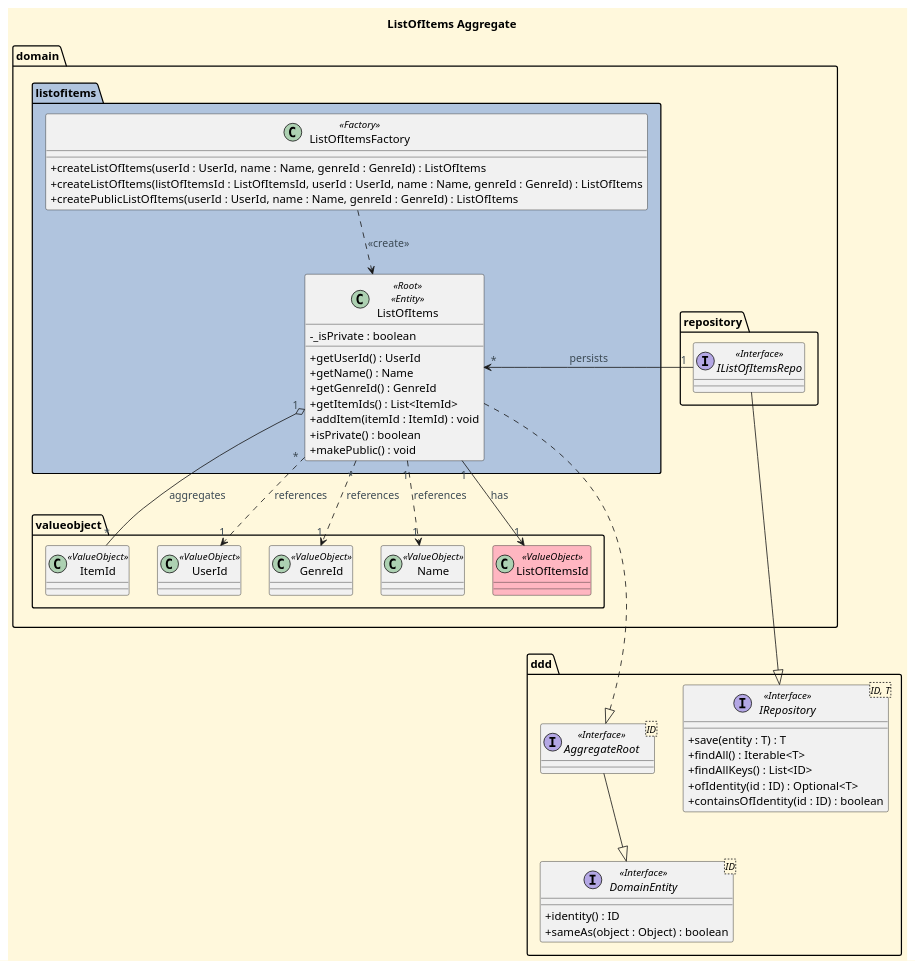
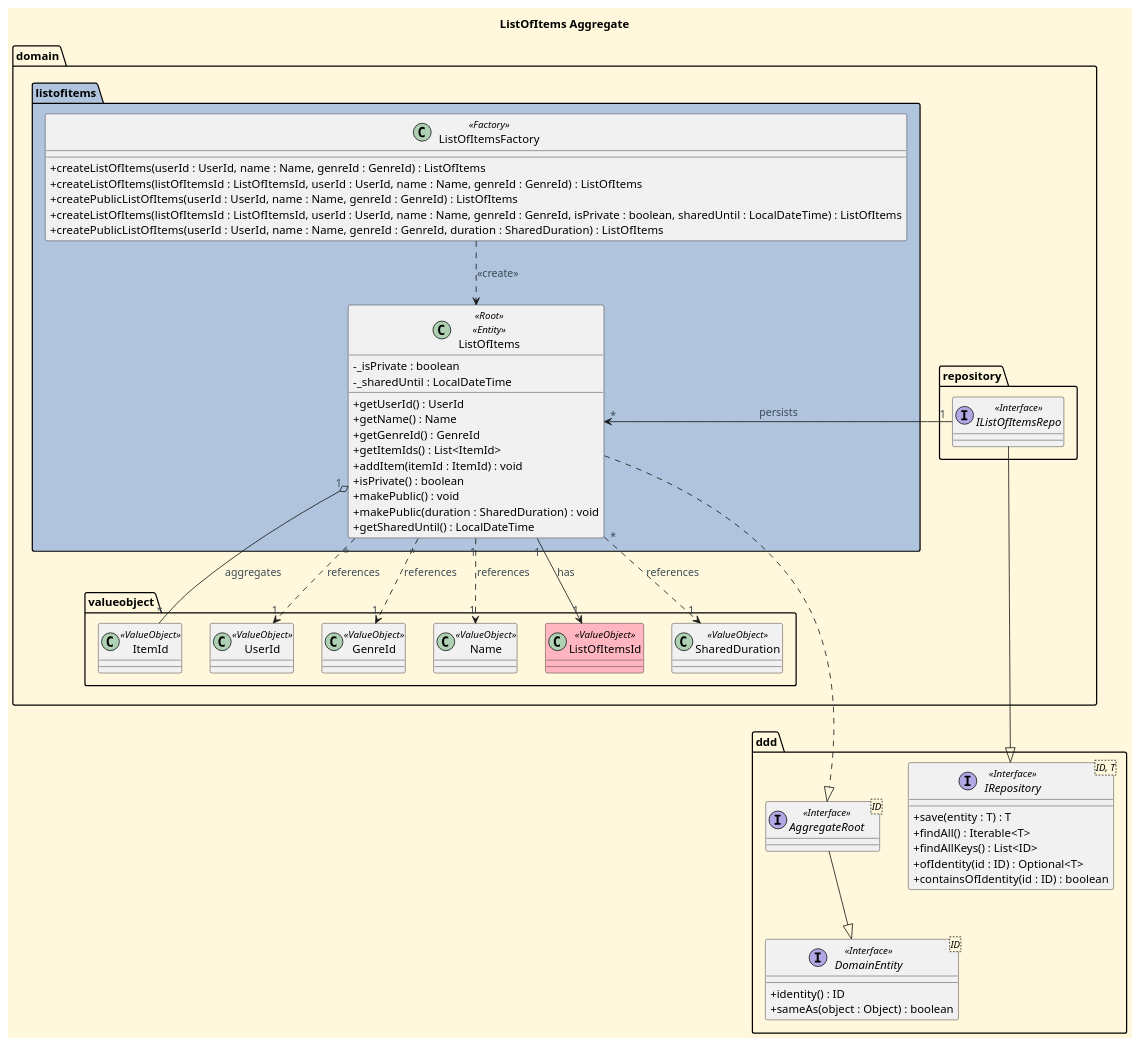
Before and after one commit to CarolinaLeite-collab/JavaMarketplacePlatform: the diagram in docs/aggregates-diagrams/List_Of_Items_Aggregate.puml, drawn with PlantUML. The commit also changed 2 other files, not shown here.

Commit message:
Docs: Update US019 diagrams to reflect SharedDuration, Refs #891

```diff
--- a/docs/aggregates-diagrams/List_Of_Items_Aggregate.puml
+++ b/docs/aggregates-diagrams/List_Of_Items_Aggregate.puml
@@ -1,79 +1,86 @@
 @startuml
 title ListOfItems Aggregate
 
 skinparam monochrome false
 skinparam shadowing false
 skinparam defaultFontName Futura
 skinparam objectFontSize 20
 skinparam backgroundColor CornSilk
 skinparam objectBackgroundColor WhiteSmoke
 skinparam noteBackgroundColor #FFFFE0
 skinparam ArrowFontColor #3B4953
 skinparam ActivationBackgroundColor black
 skinparam classAttributeIconSize 0
 
 Package "domain" {
 
     Package listofitems #B0C4DE {
         Class "ListOfItems" as ListOfItemsRoot <<Root>> <<Entity>> {
             - _isPrivate : boolean
             + getUserId() : UserId
             + getName() : Name
             + getGenreId() : GenreId
             + getItemIds() : List<ItemId>
             + addItem(itemId : ItemId) : void
             + isPrivate() : boolean
             + makePublic() : void
+            - _sharedUntil : LocalDateTime
+            + makePublic(duration : SharedDuration) : void
+            + getSharedUntil() : LocalDateTime
         }
         Class ListOfItemsFactory <<Factory>> {
             + createListOfItems(userId : UserId, name : Name, genreId : GenreId) : ListOfItems
             + createListOfItems(listOfItemsId : ListOfItemsId, userId : UserId, name : Name, genreId : GenreId) : ListOfItems
             + createPublicListOfItems(userId : UserId, name : Name, genreId : GenreId) : ListOfItems
+            + createListOfItems(listOfItemsId : ListOfItemsId, userId : UserId, name : Name, genreId : GenreId, isPrivate : boolean, sharedUntil : LocalDateTime) : ListOfItems
+            + createPublicListOfItems(userId : UserId, name : Name, genreId : GenreId, duration : SharedDuration) : ListOfItems
         }
     }
 
     Package repository {
         Interface "IListOfItemsRepo" as IRepo <<Interface>> {
         }
     }
 
     Package valueobject {
         Class "ItemId" as ItemId <<ValueObject>> {}
         Class "UserId" as UserId <<ValueObject>> {}
         Class "GenreId" as GenreId <<ValueObject>> {}
         Class "Name" as Name <<ValueObject>> {}
         Class "ListOfItemsId" as Id <<ValueObject>> #LightPink {}
+        Class "SharedDuration" as SharedDuration <<ValueObject>> {}
     }
 }
 
 Package "ddd" {
     interface IRepository<ID, T> <<Interface>> {
         +save(entity : T) : T
         +findAll() : Iterable<T>
         +findAllKeys() : List<ID>
         +ofIdentity(id : ID) : Optional<T>
         +containsOfIdentity(id : ID) : boolean
     }
     interface DomainEntity<ID> <<Interface>> {
         +identity() : ID
         +sameAs(object : Object) : boolean
     }
     interface AggregateRoot<ID> <<Interface>> {}
 }
 
 ListOfItemsFactory ..> ListOfItemsRoot : <<create>>
 ListOfItemsRoot "1" o-- "*" ItemId : aggregates
 ListOfItemsRoot "1" --> "1" Id : has
 ListOfItemsRoot "*" ..> "1" UserId : references
 ListOfItemsRoot "*" ..> "1" GenreId : references
 ListOfItemsRoot "1" ..> "1" Name : references
 ListOfItemsRoot "*" <- "1" IRepo : persists
+ListOfItemsRoot "*" ..> "1" SharedDuration : references
 
 
 
 IRepo ---|> IRepository
 
 ListOfItemsRoot .|> AggregateRoot
 AggregateRoot --|> DomainEntity
 
 @enduml
```
